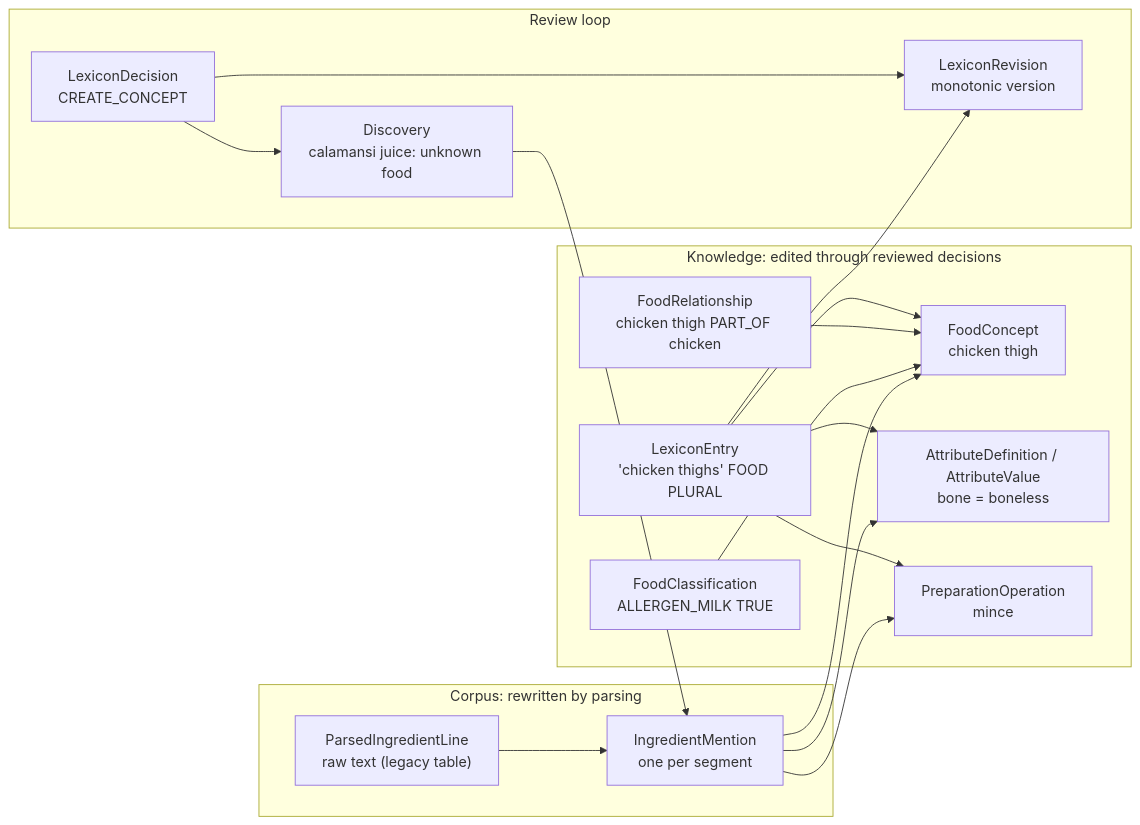
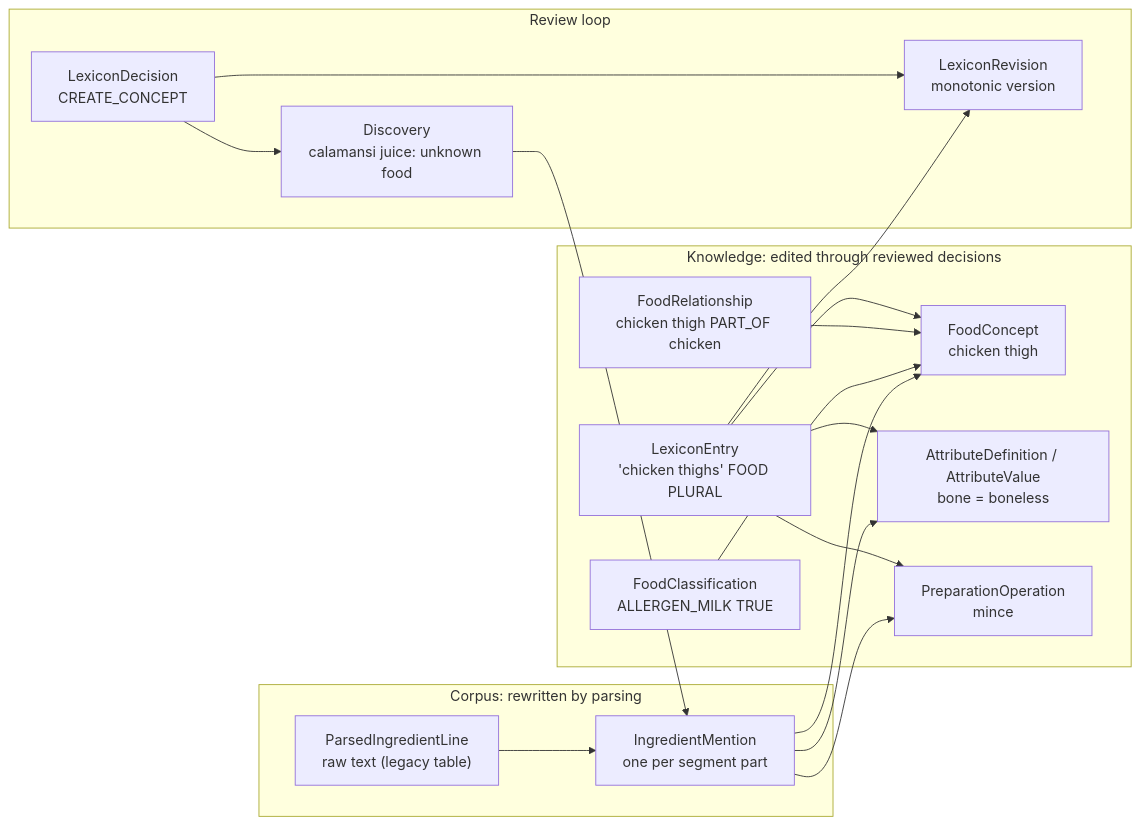
One commit to awehrman/peas changed the first of 3 diagrams in docs/architecture/ingredient-ontology-rebuild.md. Above: the diagram before and after it, drawn with Mermaid. The commit also changed other lines of this file and 295 other files, not shown here.

````diff
--- a/docs/architecture/ingredient-ontology-rebuild.md
+++ b/docs/architecture/ingredient-ontology-rebuild.md
@@ -112,33 +168,33 @@
 ```mermaid
 flowchart LR
   subgraph knowledge [Knowledge: edited through reviewed decisions]
     concept["FoodConcept<br/>chicken thigh"]
     entry["LexiconEntry<br/>'chicken thighs' FOOD PLURAL"]
     attr["AttributeDefinition / AttributeValue<br/>bone = boneless"]
     prep["PreparationOperation<br/>mince"]
     rel["FoodRelationship<br/>chicken thigh PART_OF chicken"]
     cls["FoodClassification<br/>ALLERGEN_MILK TRUE"]
   end
   subgraph corpus [Corpus: rewritten by parsing]
     line["ParsedIngredientLine<br/>raw text (legacy table)"]
-    mention["IngredientMention<br/>one per segment"]
+    mention["IngredientMention<br/>one per segment part"]
   end
   subgraph review [Review loop]
     discovery["Discovery<br/>calamansi juice: unknown food"]
     decision["LexiconDecision<br/>CREATE_CONCEPT"]
     revision["LexiconRevision<br/>monotonic version"]
   end
   entry --> concept
   entry --> attr
   entry --> prep
   rel --> concept
   cls --> concept
   line --> mention
   mention --> concept
   mention --> attr
   mention --> prep
   discovery --> mention
   decision --> discovery
   decision --> revision
   entry --> revision
 ```
````
